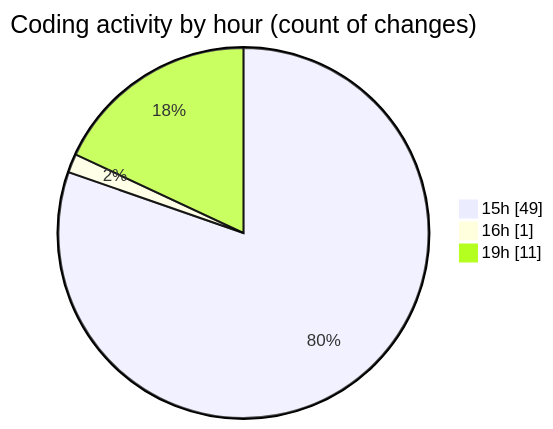
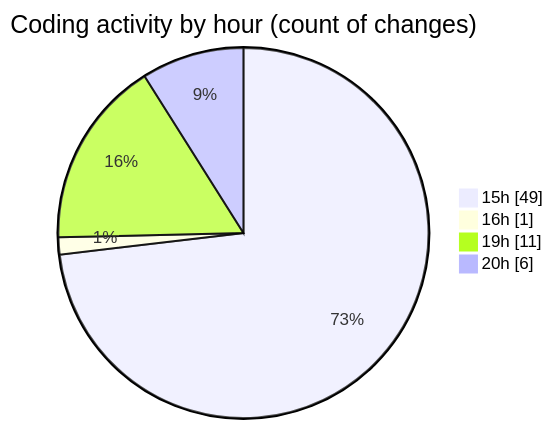
The second of 2 diagrams in 2025-04-07/sungpt/README.md (Elitesun/code-tracking), drawn with Mermaid before and after one commit. The commit also changed other lines of this file and 1 other file, not shown here.

````diff
--- a/2025-04-07/sungpt/README.md
+++ b/2025-04-07/sungpt/README.md
@@ -37,7 +37,8 @@
 ```mermaid
 pie showData
 title Coding activity by hour (count of changes)
 "15h" : 49
 "16h" : 1
 "19h" : 11
+"20h" : 6
 ```
````
